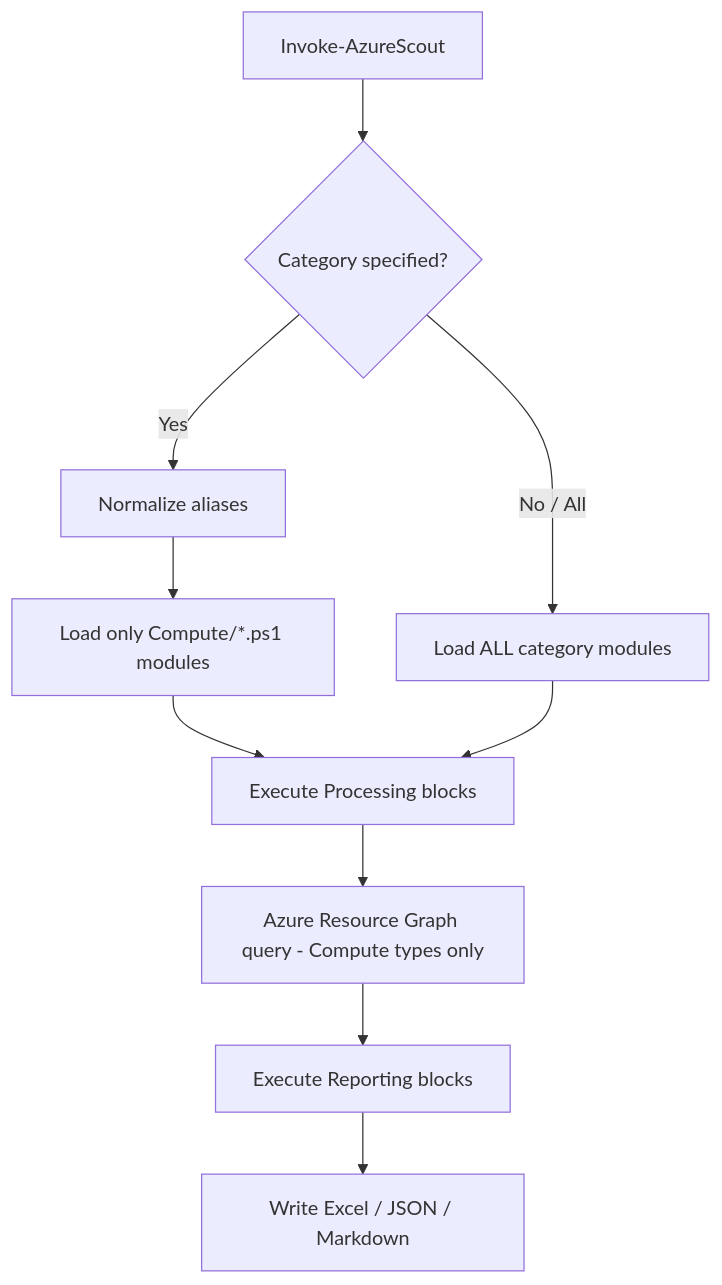
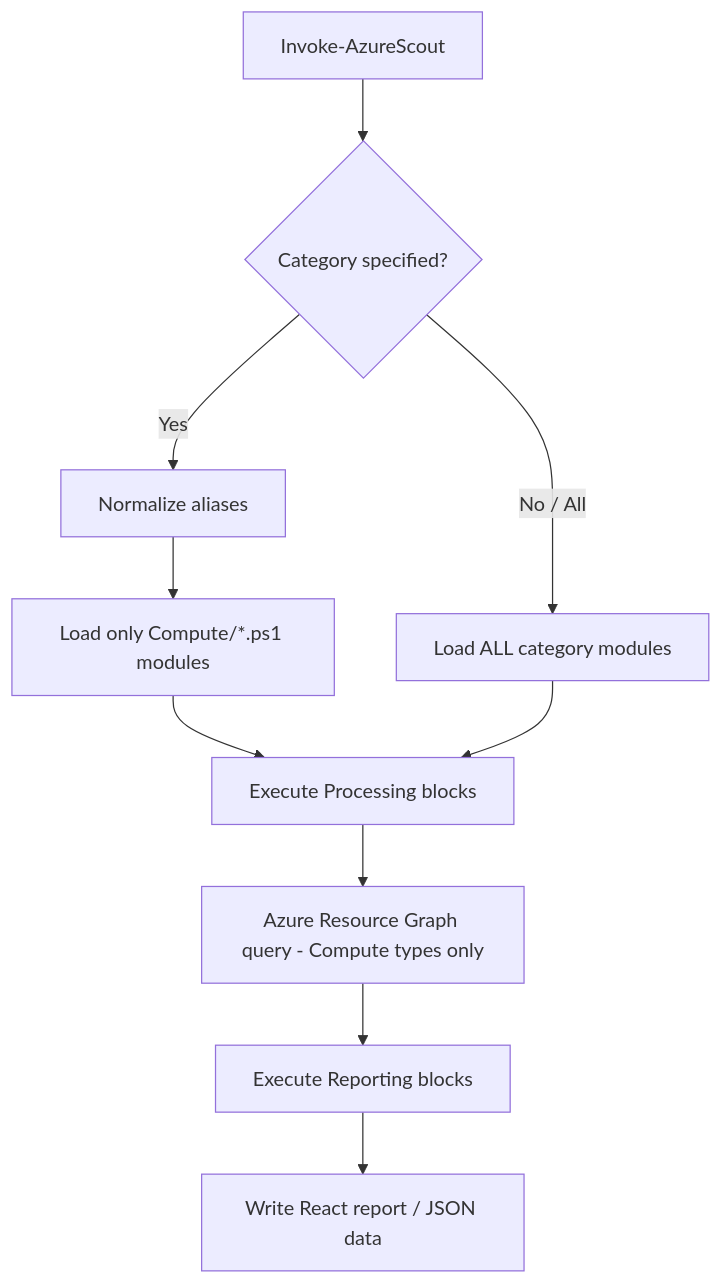
Before and after one commit to Hybrid-Solutions-Cloud/azure-scout: the diagram in docs/guide/category-filtering.md, drawn with Mermaid. The commit also changed other lines of this file and 65 other files, not shown here.

````diff
--- a/docs/guide/category-filtering.md
+++ b/docs/guide/category-filtering.md
@@ -111,12 +111,12 @@
 ```mermaid
 graph TD
     A[Invoke-AzureScout] --> B{Category specified?}
     B -- Yes --> C[Normalize aliases]
     C --> D[Load only Compute/*.ps1 modules]
     D --> E[Execute Processing blocks]
     E --> F[Azure Resource Graph query - Compute types only]
     F --> G[Execute Reporting blocks]
-    G --> H[Write Excel / JSON / Markdown]
+    G --> H[Write React report / JSON data]
     B -- No / All --> I[Load ALL category modules]
     I --> E
 ```
````
